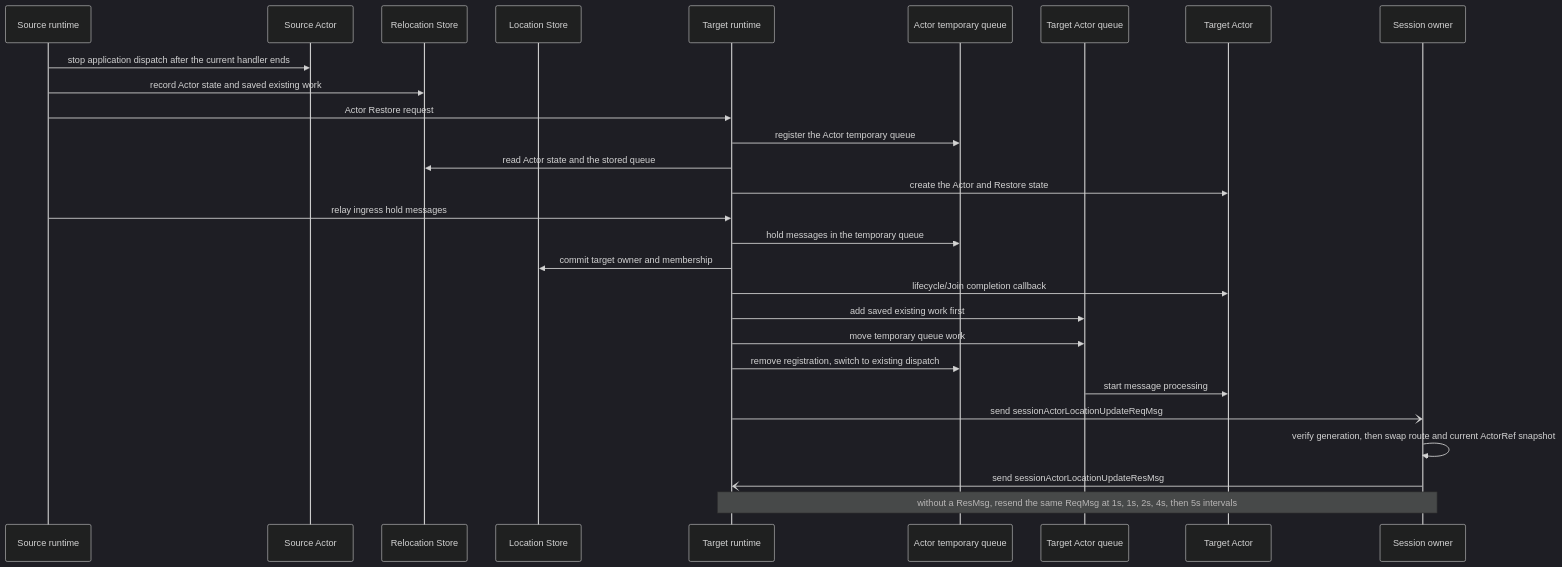
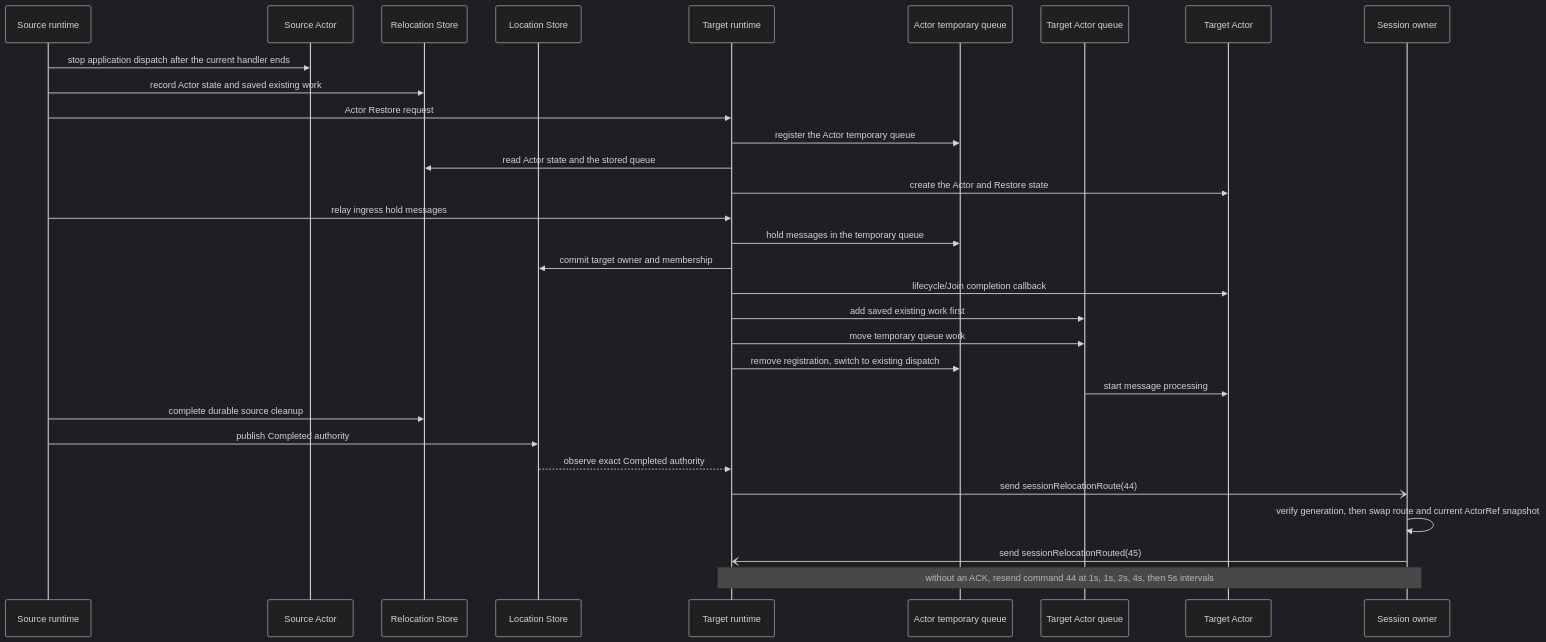
Before and after one commit to zlink-systems/zlink: the second of 2 diagrams in framework/doc/framework/common/spec/20-session-actor-dispatch.en.md, drawn with Mermaid (dark theme). The commit also changed other lines of this file and 71 other files, not shown here.

````diff
--- a/framework/doc/framework/common/spec/20-session-actor-dispatch.en.md
+++ b/framework/doc/framework/common/spec/20-session-actor-dispatch.en.md
@@ -446,31 +466,34 @@
 ```mermaid
 sequenceDiagram
     participant SourceRuntime as Source runtime
     participant SourceActor as Source Actor
     participant RelocationStore as Relocation Store
     participant LocationStore as Location Store
     participant TargetRuntime as Target runtime
     participant TargetTemp as Actor temporary queue
     participant TargetQueue as Target Actor queue
     participant TargetActor as Target Actor
     participant SessionOwner as Session owner
 
     SourceRuntime->>SourceActor: stop application dispatch after the current handler ends
     SourceRuntime->>RelocationStore: record Actor state and saved existing work
     SourceRuntime->>TargetRuntime: Actor Restore request
     TargetRuntime->>TargetTemp: register the Actor temporary queue
     TargetRuntime->>RelocationStore: read Actor state and the stored queue
     TargetRuntime->>TargetActor: create the Actor and Restore state
     SourceRuntime->>TargetRuntime: relay ingress hold messages
     TargetRuntime->>TargetTemp: hold messages in the temporary queue
     TargetRuntime->>LocationStore: commit target owner and membership
     TargetRuntime->>TargetActor: lifecycle/Join completion callback
     TargetRuntime->>TargetQueue: add saved existing work first
     TargetRuntime->>TargetQueue: move temporary queue work
     TargetRuntime->>TargetTemp: remove registration, switch to existing dispatch
     TargetQueue->>TargetActor: start message processing
-    TargetRuntime-)SessionOwner: send sessionActorLocationUpdateReqMsg
+    SourceRuntime->>RelocationStore: complete durable source cleanup
+    SourceRuntime->>LocationStore: publish Completed authority
+    LocationStore-->>TargetRuntime: observe exact Completed authority
+    TargetRuntime-)SessionOwner: send sessionRelocationRoute(44)
     SessionOwner->>SessionOwner: verify generation, then swap route and current ActorRef snapshot
-    SessionOwner-)TargetRuntime: send sessionActorLocationUpdateResMsg
-    Note over TargetRuntime,SessionOwner: without a ResMsg, resend the same ReqMsg at 1s, 1s, 2s, 4s, then 5s intervals
+    SessionOwner-)TargetRuntime: send sessionRelocationRouted(45)
+    Note over TargetRuntime,SessionOwner: without an ACK, resend command 44 at 1s, 1s, 2s, 4s, then 5s intervals
 ```
````
